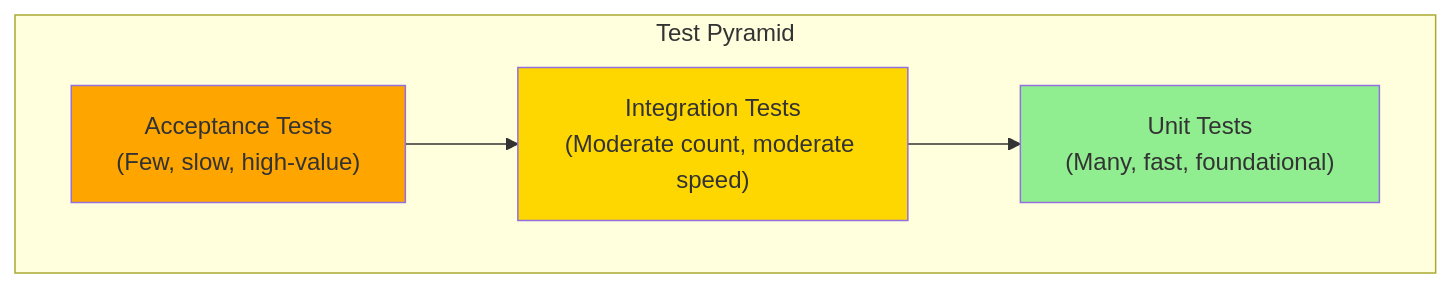
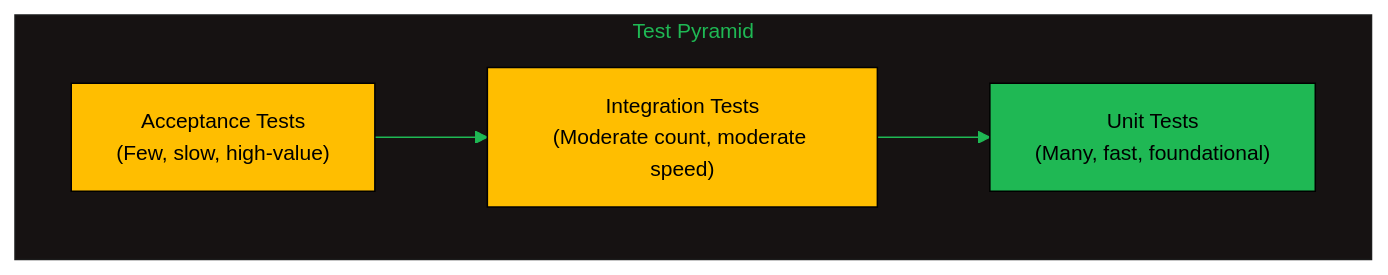
One commit to oat431/swe-knowledge changed the first of 3 diagrams in career-path/10_Quality_and_Test_Engineering/01_Test_Strategy/02_Test_Levels_and_Scope.md. Above: the diagram before and after it, drawn with Mermaid. The commit also changed other lines of this file and 893 other files, not shown here.

````diff
--- a/career-path/10_Quality_and_Test_Engineering/01_Test_Strategy/02_Test_Levels_and_Scope.md
+++ b/career-path/10_Quality_and_Test_Engineering/01_Test_Strategy/02_Test_Levels_and_Scope.md
@@ -35,14 +35,15 @@
 ```mermaid
+%%{init: {'theme':'base','themeVariables':{'primaryColor':'#19362D','primaryTextColor':'#CDD3D1','primaryBorderColor':'#1FB854','lineColor':'#1FB854','background':'#1B1717','mainBkg':'#19362D','clusterBkg':'#161212','edgeLabelBackground':'#161212','titleColor':'#1FB854','fontSize':'14px'}}}%%
 flowchart TB
     subgraph "Test Pyramid"
         A["Acceptance Tests\n(Few, slow, high-value)"]
         B["Integration Tests\n(Moderate count, moderate speed)"]
         C["Unit Tests\n(Many, fast, foundational)"]
     end
     
     A --> B --> C
     
-    style C fill:#90EE90
-    style B fill:#FFD700
-    style A fill:#FFA500
+    style C fill:#1FB854,stroke:#000000,color:#000000
+    style B fill:#FFBE00,stroke:#000000,color:#000000
+    style A fill:#FFBE00,stroke:#000000,color:#000000
 ```
````
